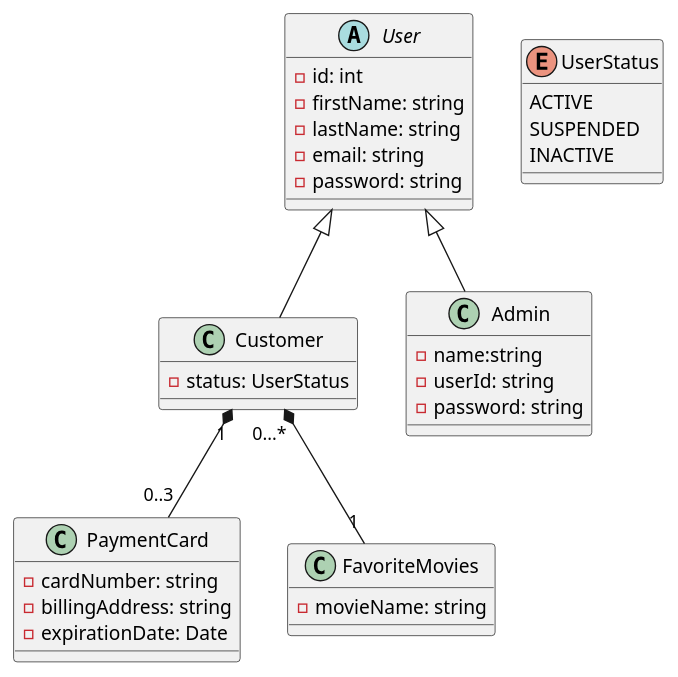
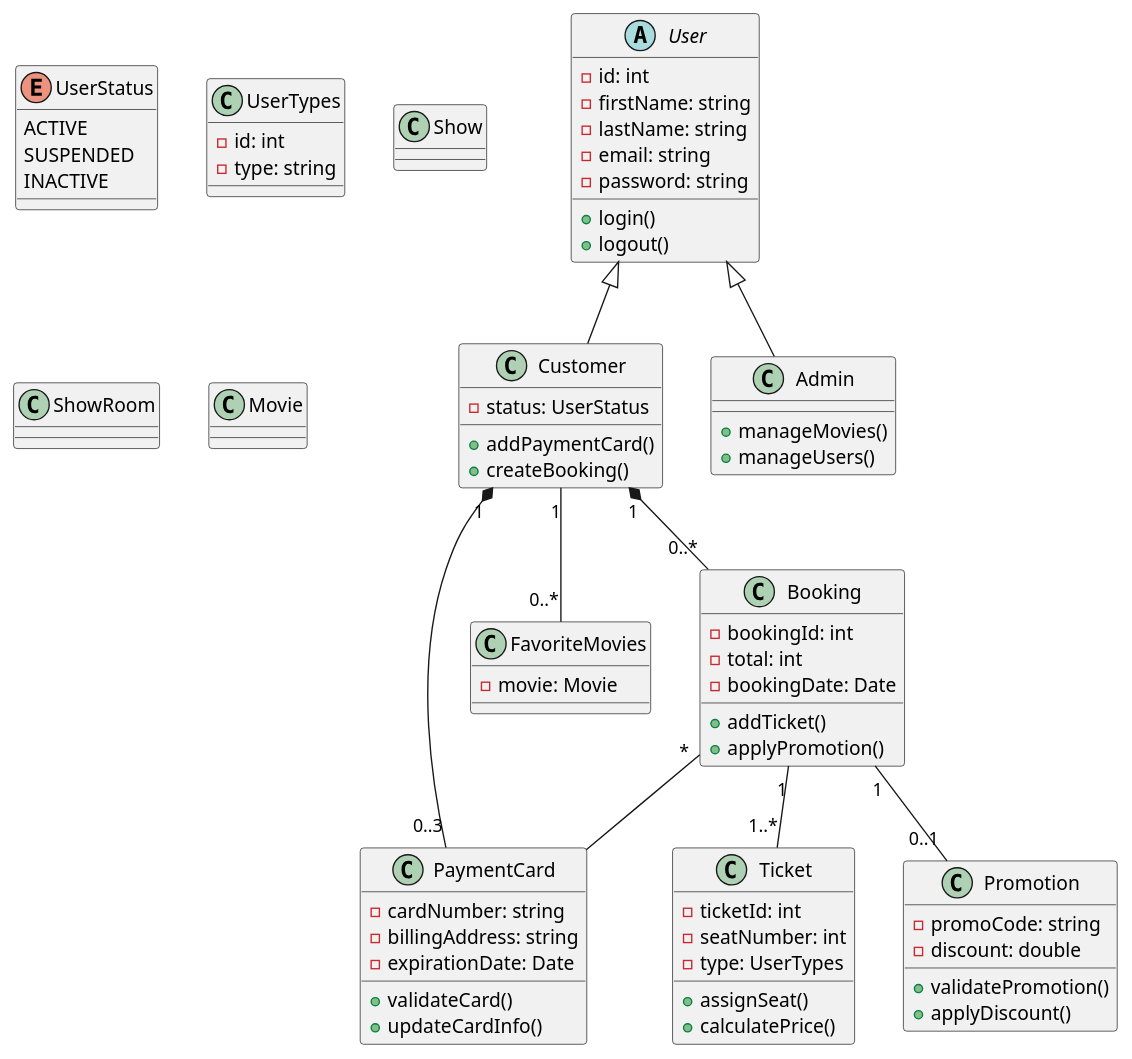
One commit to alecreates/Cinema-E-Booking-System changed the diagram in user-diagram.puml. Above: the diagram before and after it, drawn with PlantUML.

Commit message:
modified puml diagram

```diff
--- a/user-diagram.puml
+++ b/user-diagram.puml
@@ -1,40 +1,87 @@
 @startuml
 
 abstract class User {
     - id: int
     - firstName: string
     - lastName: string
     - email: string
     - password: string
+    + login()
+    + logout()
 }
 
 class Customer extends User {
     - status: UserStatus
+    + addPaymentCard()
+    + createBooking()
 }
 
 class Admin extends User {
-    - name:string
-    - userId: string
-    - password: string
+    + manageMovies()
+    + manageUsers()
 }
 
 class PaymentCard {
     - cardNumber: string
     - billingAddress: string
     - expirationDate: Date
+    + validateCard()
+    + updateCardInfo()
 }
 
 class FavoriteMovies {
-    - movieName: string
+    - movie: Movie
 }
 
 enum UserStatus {
     ACTIVE
     SUSPENDED
     INACTIVE
 }
 
+class Booking {
+    - bookingId: int
+    - total: int
+    - bookingDate: Date
+    + addTicket()
+    + applyPromotion()
+}
+
+class Ticket {
+    - ticketId: int
+    - seatNumber: int
+    - type: UserTypes
+    + assignSeat()
+    + calculatePrice()
+}
+
+class Promotion {
+    - promoCode: string
+    - discount: double
+    + validatePromotion()
+    + applyDiscount()
+}
+
+class UserTypes {
+    - id: int
+    - type: string
+}
+
+class Show {
+}
+
+class ShowRoom {
+}
+
+class Movie {
+}
+
 Customer "1" *-- "0..3" PaymentCard
-Customer "0...*" *-- "1" FavoriteMovies
+Customer "1" -- "0..*" FavoriteMovies
+Customer "1" *-- "0..*" Booking
 
-@endum
+Booking "1" -- "1..*" Ticket
+Booking "1" -- "0..1" Promotion
+Booking "*" -- PaymentCard
+
+@enduml
```
